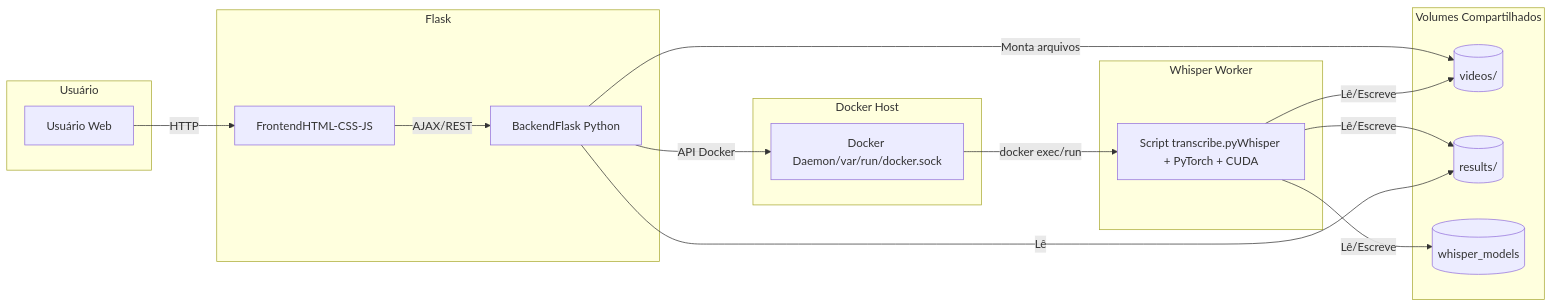
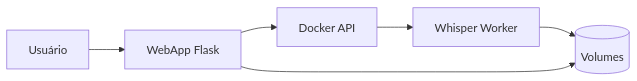
One commit to malvesro/transcribe changed the diagram in README.md. Above: the diagram before and after it, drawn with Mermaid. The commit also changed other lines of this file and 9 other files, not shown here.

````diff
--- a/README.md
+++ b/README.md
@@ -82,35 +111,8 @@
 ```mermaid
-    flowchart LR
-        subgraph Usuário
-            U[Usuário Web]
-        end
-    
-        subgraph WebApp [Flask]
-            F[FrontendHTML-CSS-JS]
-            B[BackendFlask Python]
-        end
-    
-        subgraph Docker Host
-            D[Docker Daemon/var/run/docker.sock]
-        end
-    
-        subgraph Whisper Worker
-            W[Script transcribe.pyWhisper + PyTorch + CUDA]
-        end
-    
-        subgraph Volumes Compartilhados
-            V1[(videos/)]
-            V2[(results/)]
-            VM[(whisper_models)]
-        end
-    
-        U -- HTTP --> F
-        F -- AJAX/REST --> B
-        B -- API Docker --> D
-        D -- docker exec/run --> W
-        B -- Monta arquivos --> V1
-        W -- Lê/Escreve --> V1
-        W -- Lê/Escreve --> V2
-        W -- Lê/Escreve --> VM
-        B -- Lê --> V2
-```  
+flowchart LR
+    U[Usuário] --> W[WebApp Flask]
+    W --> D[Docker API]
+    D --> WW[Whisper Worker]
+    WW --> V[(Volumes)]
+    W --> V
+```
````
